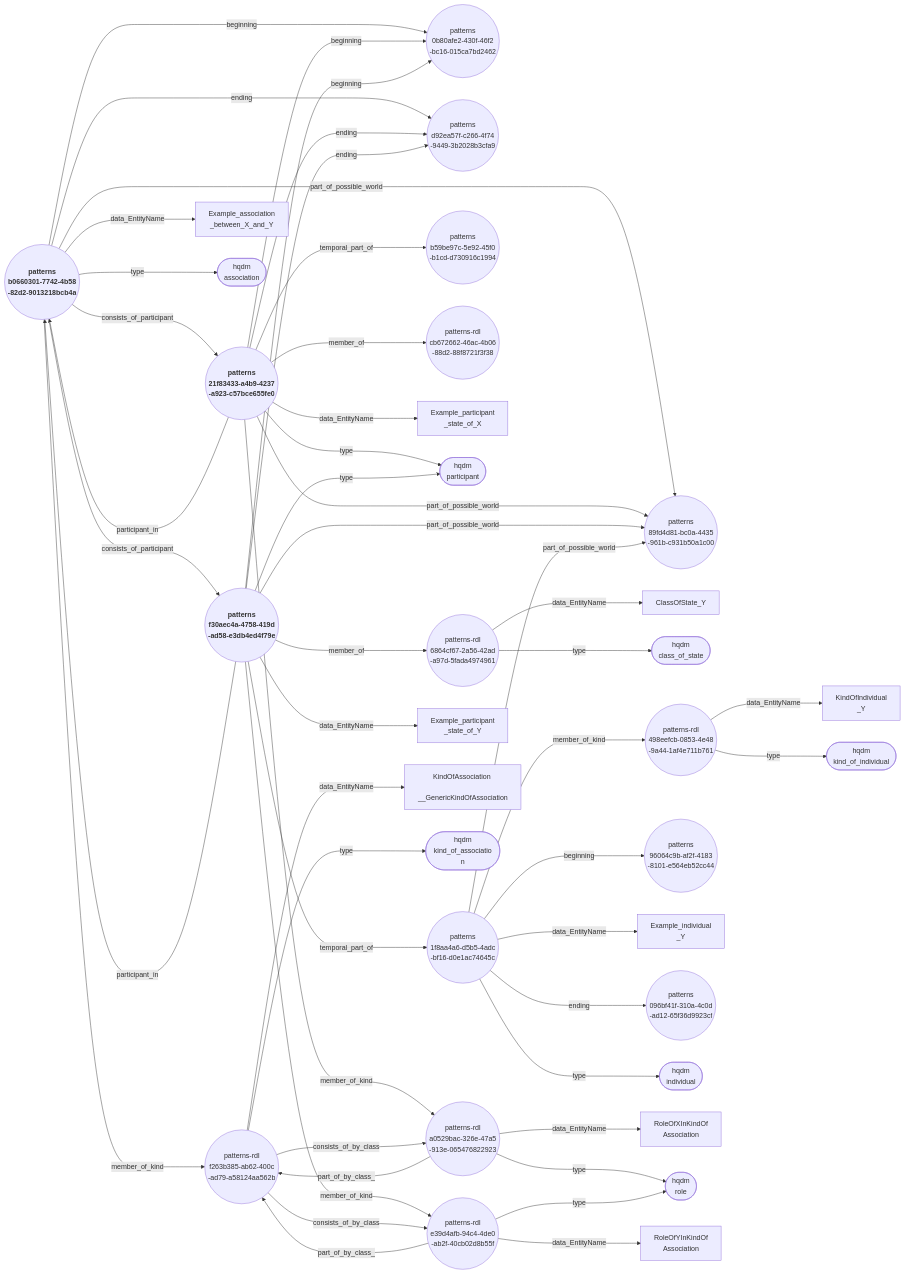
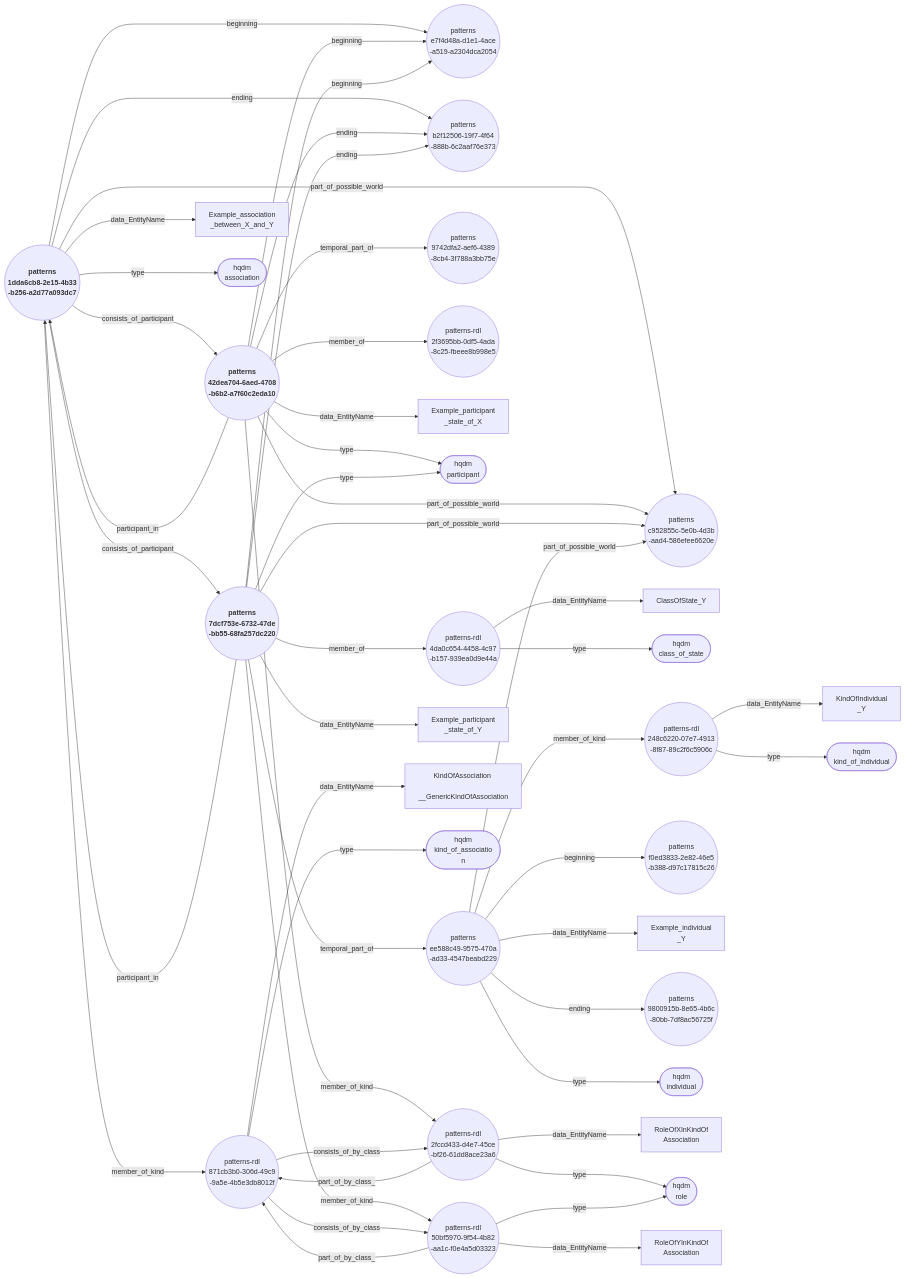
One commit to ClimbingAl/HqdmPatterns changed the diagram in docs/extras/example-files/genericAssociationAndParticipantsFullNodeEdgeGraph.mermaid. Above: the diagram before and after it, drawn with Mermaid. The commit also changed 50 other files, not shown here.

````diff
--- a/docs/extras/example-files/genericAssociationAndParticipantsFullNodeEdgeGraph.mermaid
+++ b/docs/extras/example-files/genericAssociationAndParticipantsFullNodeEdgeGraph.mermaid
@@ -1,49 +1,49 @@
 ``` mermaid
 graph LR
-  b0660301-7742-4b58-82d2-9013218bcb4a(("<b> patterns <br> b0660301-7742-4b58 <br> -82d2-9013218bcb4a"))--->|"beginning"|0b80afe2-430f-46f2-bc16-015ca7bd2462(("patterns <br> 0b80afe2-430f-46f2 <br> -bc16-015ca7bd2462"));
-  b0660301-7742-4b58-82d2-9013218bcb4a(("<b> patterns <br> b0660301-7742-4b58 <br> -82d2-9013218bcb4a"))--->|"member_of_kind"|f263b385-ab62-400c-ad79-a58124aa562b(("patterns-rdl <br> f263b385-ab62-400c <br> -ad79-a58124aa562b"));
-  b0660301-7742-4b58-82d2-9013218bcb4a(("<b> patterns <br> b0660301-7742-4b58 <br> -82d2-9013218bcb4a"))--->|"consists_of_participant"|f30aec4a-4758-419d-ad58-e3db4ed4f79e(("<b> patterns <br> f30aec4a-4758-419d <br> -ad58-e3db4ed4f79e"));
-  b0660301-7742-4b58-82d2-9013218bcb4a(("<b> patterns <br> b0660301-7742-4b58 <br> -82d2-9013218bcb4a"))--->|"consists_of_participant"|21f83433-a4b9-4237-a923-c57bce655fe0(("<b> patterns <br> 21f83433-a4b9-4237 <br> -a923-c57bce655fe0"));
-  b0660301-7742-4b58-82d2-9013218bcb4a(("<b> patterns <br> b0660301-7742-4b58 <br> -82d2-9013218bcb4a"))--->|"part_of_possible_world"|89fd4d81-bc0a-4435-961b-c931b50a1c00(("patterns <br> 89fd4d81-bc0a-4435 <br> -961b-c931b50a1c00"));
-  b0660301-7742-4b58-82d2-9013218bcb4a(("<b> patterns <br> b0660301-7742-4b58 <br> -82d2-9013218bcb4a"))--->|"data_EntityName"|Example_association_between_X_and_Y["Example_association <br> _between_X_and_Y"];
-  b0660301-7742-4b58-82d2-9013218bcb4a(("<b> patterns <br> b0660301-7742-4b58 <br> -82d2-9013218bcb4a"))--->|"ending"|d92ea57f-c266-4f74-9449-3b2028b3cfa9(("patterns <br> d92ea57f-c266-4f74 <br> -9449-3b2028b3cfa9"));
-  b0660301-7742-4b58-82d2-9013218bcb4a(("<b> patterns <br> b0660301-7742-4b58 <br> -82d2-9013218bcb4a"))--->|"type"|association(["hqdm <br> association"]);
-  21f83433-a4b9-4237-a923-c57bce655fe0(("<b> patterns <br> 21f83433-a4b9-4237 <br> -a923-c57bce655fe0"))--->|"beginning"|0b80afe2-430f-46f2-bc16-015ca7bd2462(("patterns <br> 0b80afe2-430f-46f2 <br> -bc16-015ca7bd2462"));
-  21f83433-a4b9-4237-a923-c57bce655fe0(("<b> patterns <br> 21f83433-a4b9-4237 <br> -a923-c57bce655fe0"))--->|"member_of_kind"|a0529bac-326e-47a5-913e-065476822923(("patterns-rdl <br> a0529bac-326e-47a5 <br> -913e-065476822923"));
-  21f83433-a4b9-4237-a923-c57bce655fe0(("<b> patterns <br> 21f83433-a4b9-4237 <br> -a923-c57bce655fe0"))--->|"part_of_possible_world"|89fd4d81-bc0a-4435-961b-c931b50a1c00(("patterns <br> 89fd4d81-bc0a-4435 <br> -961b-c931b50a1c00"));
-  21f83433-a4b9-4237-a923-c57bce655fe0(("<b> patterns <br> 21f83433-a4b9-4237 <br> -a923-c57bce655fe0"))--->|"participant_in"|b0660301-7742-4b58-82d2-9013218bcb4a(("<b> patterns <br> b0660301-7742-4b58 <br> -82d2-9013218bcb4a"));
-  21f83433-a4b9-4237-a923-c57bce655fe0(("<b> patterns <br> 21f83433-a4b9-4237 <br> -a923-c57bce655fe0"))--->|"temporal_part_of"|b59be97c-5e92-45f0-b1cd-d730916c1994(("patterns <br> b59be97c-5e92-45f0 <br> -b1cd-d730916c1994"));
-  21f83433-a4b9-4237-a923-c57bce655fe0(("<b> patterns <br> 21f83433-a4b9-4237 <br> -a923-c57bce655fe0"))--->|"member_of"|cb672662-46ac-4b06-88d2-88f8721f3f38(("patterns-rdl <br> cb672662-46ac-4b06 <br> -88d2-88f8721f3f38"));
-  21f83433-a4b9-4237-a923-c57bce655fe0(("<b> patterns <br> 21f83433-a4b9-4237 <br> -a923-c57bce655fe0"))--->|"data_EntityName"|Example_participant_state_of_X["Example_participant <br> _state_of_X"];
-  21f83433-a4b9-4237-a923-c57bce655fe0(("<b> patterns <br> 21f83433-a4b9-4237 <br> -a923-c57bce655fe0"))--->|"ending"|d92ea57f-c266-4f74-9449-3b2028b3cfa9(("patterns <br> d92ea57f-c266-4f74 <br> -9449-3b2028b3cfa9"));
-  21f83433-a4b9-4237-a923-c57bce655fe0(("<b> patterns <br> 21f83433-a4b9-4237 <br> -a923-c57bce655fe0"))--->|"type"|participant(["hqdm <br> participant"]);
-  f30aec4a-4758-419d-ad58-e3db4ed4f79e(("<b> patterns <br> f30aec4a-4758-419d <br> -ad58-e3db4ed4f79e"))--->|"beginning"|0b80afe2-430f-46f2-bc16-015ca7bd2462(("patterns <br> 0b80afe2-430f-46f2 <br> -bc16-015ca7bd2462"));
-  f30aec4a-4758-419d-ad58-e3db4ed4f79e(("<b> patterns <br> f30aec4a-4758-419d <br> -ad58-e3db4ed4f79e"))--->|"member_of_kind"|e39d4afb-94c4-4de0-ab2f-40cb02d8b55f(("patterns-rdl <br> e39d4afb-94c4-4de0 <br> -ab2f-40cb02d8b55f"));
-  f30aec4a-4758-419d-ad58-e3db4ed4f79e(("<b> patterns <br> f30aec4a-4758-419d <br> -ad58-e3db4ed4f79e"))--->|"part_of_possible_world"|89fd4d81-bc0a-4435-961b-c931b50a1c00(("patterns <br> 89fd4d81-bc0a-4435 <br> -961b-c931b50a1c00"));
-  f30aec4a-4758-419d-ad58-e3db4ed4f79e(("<b> patterns <br> f30aec4a-4758-419d <br> -ad58-e3db4ed4f79e"))--->|"participant_in"|b0660301-7742-4b58-82d2-9013218bcb4a(("<b> patterns <br> b0660301-7742-4b58 <br> -82d2-9013218bcb4a"));
-  f30aec4a-4758-419d-ad58-e3db4ed4f79e(("<b> patterns <br> f30aec4a-4758-419d <br> -ad58-e3db4ed4f79e"))--->|"temporal_part_of"|1f8aa4a6-d5b5-4adc-bf16-d0e1ac74645c(("patterns <br> 1f8aa4a6-d5b5-4adc <br> -bf16-d0e1ac74645c"));
-  f30aec4a-4758-419d-ad58-e3db4ed4f79e(("<b> patterns <br> f30aec4a-4758-419d <br> -ad58-e3db4ed4f79e"))--->|"member_of"|6864cf67-2a56-42ad-a97d-5fada4974961(("patterns-rdl <br> 6864cf67-2a56-42ad <br> -a97d-5fada4974961"));
-  f30aec4a-4758-419d-ad58-e3db4ed4f79e(("<b> patterns <br> f30aec4a-4758-419d <br> -ad58-e3db4ed4f79e"))--->|"data_EntityName"|Example_participant_state_of_Y["Example_participant <br> _state_of_Y"];
-  f30aec4a-4758-419d-ad58-e3db4ed4f79e(("<b> patterns <br> f30aec4a-4758-419d <br> -ad58-e3db4ed4f79e"))--->|"ending"|d92ea57f-c266-4f74-9449-3b2028b3cfa9(("patterns <br> d92ea57f-c266-4f74 <br> -9449-3b2028b3cfa9"));
-  f30aec4a-4758-419d-ad58-e3db4ed4f79e(("<b> patterns <br> f30aec4a-4758-419d <br> -ad58-e3db4ed4f79e"))--->|"type"|participant(["hqdm <br> participant"]);
-  6864cf67-2a56-42ad-a97d-5fada4974961(("patterns-rdl <br> 6864cf67-2a56-42ad <br> -a97d-5fada4974961"))--->|"data_EntityName"|ClassOfState_Y["ClassOfState_Y"];
-  6864cf67-2a56-42ad-a97d-5fada4974961(("patterns-rdl <br> 6864cf67-2a56-42ad <br> -a97d-5fada4974961"))--->|"type"|class_of_state(["hqdm <br> class_of_state"]);
-  498eefcb-0853-4e48-9a44-1af4e711b761(("patterns-rdl <br> 498eefcb-0853-4e48 <br> -9a44-1af4e711b761"))--->|"data_EntityName"|KindOfIndividual_Y["KindOfIndividual <br> _Y"];
-  498eefcb-0853-4e48-9a44-1af4e711b761(("patterns-rdl <br> 498eefcb-0853-4e48 <br> -9a44-1af4e711b761"))--->|"type"|kind_of_individual(["hqdm <br> kind_of_individual"]);
-  1f8aa4a6-d5b5-4adc-bf16-d0e1ac74645c(("patterns <br> 1f8aa4a6-d5b5-4adc <br> -bf16-d0e1ac74645c"))--->|"beginning"|96064c9b-af2f-4183-8101-e564eb52cc44(("patterns <br> 96064c9b-af2f-4183 <br> -8101-e564eb52cc44"));
-  1f8aa4a6-d5b5-4adc-bf16-d0e1ac74645c(("patterns <br> 1f8aa4a6-d5b5-4adc <br> -bf16-d0e1ac74645c"))--->|"member_of_kind"|498eefcb-0853-4e48-9a44-1af4e711b761(("patterns-rdl <br> 498eefcb-0853-4e48 <br> -9a44-1af4e711b761"));
-  1f8aa4a6-d5b5-4adc-bf16-d0e1ac74645c(("patterns <br> 1f8aa4a6-d5b5-4adc <br> -bf16-d0e1ac74645c"))--->|"part_of_possible_world"|89fd4d81-bc0a-4435-961b-c931b50a1c00(("patterns <br> 89fd4d81-bc0a-4435 <br> -961b-c931b50a1c00"));
-  1f8aa4a6-d5b5-4adc-bf16-d0e1ac74645c(("patterns <br> 1f8aa4a6-d5b5-4adc <br> -bf16-d0e1ac74645c"))--->|"data_EntityName"|Example_individual_Y["Example_individual <br> _Y"];
-  1f8aa4a6-d5b5-4adc-bf16-d0e1ac74645c(("patterns <br> 1f8aa4a6-d5b5-4adc <br> -bf16-d0e1ac74645c"))--->|"ending"|096bf41f-310a-4c0d-ad12-65f36d9923cf(("patterns <br> 096bf41f-310a-4c0d <br> -ad12-65f36d9923cf"));
-  1f8aa4a6-d5b5-4adc-bf16-d0e1ac74645c(("patterns <br> 1f8aa4a6-d5b5-4adc <br> -bf16-d0e1ac74645c"))--->|"type"|individual(["hqdm <br> individual"]);
-  f263b385-ab62-400c-ad79-a58124aa562b(("patterns-rdl <br> f263b385-ab62-400c <br> -ad79-a58124aa562b"))--->|"consists_of_by_class"|e39d4afb-94c4-4de0-ab2f-40cb02d8b55f(("patterns-rdl <br> e39d4afb-94c4-4de0 <br> -ab2f-40cb02d8b55f"));
-  f263b385-ab62-400c-ad79-a58124aa562b(("patterns-rdl <br> f263b385-ab62-400c <br> -ad79-a58124aa562b"))--->|"consists_of_by_class"|a0529bac-326e-47a5-913e-065476822923(("patterns-rdl <br> a0529bac-326e-47a5 <br> -913e-065476822923"));
-  f263b385-ab62-400c-ad79-a58124aa562b(("patterns-rdl <br> f263b385-ab62-400c <br> -ad79-a58124aa562b"))--->|"data_EntityName"|KindOfAssociation__GenericKindOfAssociation["KindOfAssociation <br> __GenericKindOfAssociation"];
-  f263b385-ab62-400c-ad79-a58124aa562b(("patterns-rdl <br> f263b385-ab62-400c <br> -ad79-a58124aa562b"))--->|"type"|kind_of_association(["hqdm <br> kind_of_associatio <br> n"]);
-  a0529bac-326e-47a5-913e-065476822923(("patterns-rdl <br> a0529bac-326e-47a5 <br> -913e-065476822923"))--->|"data_EntityName"|RoleOfXInKindOfAssociation["RoleOfXInKindOf <br> Association"];
-  a0529bac-326e-47a5-913e-065476822923(("patterns-rdl <br> a0529bac-326e-47a5 <br> -913e-065476822923"))--->|"part_of_by_class_"|f263b385-ab62-400c-ad79-a58124aa562b(("patterns-rdl <br> f263b385-ab62-400c <br> -ad79-a58124aa562b"));
-  a0529bac-326e-47a5-913e-065476822923(("patterns-rdl <br> a0529bac-326e-47a5 <br> -913e-065476822923"))--->|"type"|role(["hqdm <br> role"]);
-  e39d4afb-94c4-4de0-ab2f-40cb02d8b55f(("patterns-rdl <br> e39d4afb-94c4-4de0 <br> -ab2f-40cb02d8b55f"))--->|"data_EntityName"|RoleOfYInKindOfAssociation["RoleOfYInKindOf <br> Association"];
-  e39d4afb-94c4-4de0-ab2f-40cb02d8b55f(("patterns-rdl <br> e39d4afb-94c4-4de0 <br> -ab2f-40cb02d8b55f"))--->|"part_of_by_class_"|f263b385-ab62-400c-ad79-a58124aa562b(("patterns-rdl <br> f263b385-ab62-400c <br> -ad79-a58124aa562b"));
-  e39d4afb-94c4-4de0-ab2f-40cb02d8b55f(("patterns-rdl <br> e39d4afb-94c4-4de0 <br> -ab2f-40cb02d8b55f"))--->|"type"|role(["hqdm <br> role"]);
+  1dda6cb8-2e15-4b33-b256-a2d77a093dc7(("<b> patterns <br> 1dda6cb8-2e15-4b33 <br> -b256-a2d77a093dc7"))--->|"beginning"|e7f4d48a-d1e1-4ace-a519-a2304dca2054(("patterns <br> e7f4d48a-d1e1-4ace <br> -a519-a2304dca2054"));
+  1dda6cb8-2e15-4b33-b256-a2d77a093dc7(("<b> patterns <br> 1dda6cb8-2e15-4b33 <br> -b256-a2d77a093dc7"))--->|"member_of_kind"|871cb3b0-306d-49c9-9a5e-4b5e3db8012f(("patterns-rdl <br> 871cb3b0-306d-49c9 <br> -9a5e-4b5e3db8012f"));
+  1dda6cb8-2e15-4b33-b256-a2d77a093dc7(("<b> patterns <br> 1dda6cb8-2e15-4b33 <br> -b256-a2d77a093dc7"))--->|"consists_of_participant"|42dea704-6aed-4708-b6b2-a7f60c2eda10(("<b> patterns <br> 42dea704-6aed-4708 <br> -b6b2-a7f60c2eda10"));
+  1dda6cb8-2e15-4b33-b256-a2d77a093dc7(("<b> patterns <br> 1dda6cb8-2e15-4b33 <br> -b256-a2d77a093dc7"))--->|"consists_of_participant"|7dcf753e-6732-47de-bb55-68fa257dc220(("<b> patterns <br> 7dcf753e-6732-47de <br> -bb55-68fa257dc220"));
+  1dda6cb8-2e15-4b33-b256-a2d77a093dc7(("<b> patterns <br> 1dda6cb8-2e15-4b33 <br> -b256-a2d77a093dc7"))--->|"part_of_possible_world"|c952855c-5e0b-4d3b-aad4-586efee6620e(("patterns <br> c952855c-5e0b-4d3b <br> -aad4-586efee6620e"));
+  1dda6cb8-2e15-4b33-b256-a2d77a093dc7(("<b> patterns <br> 1dda6cb8-2e15-4b33 <br> -b256-a2d77a093dc7"))--->|"data_EntityName"|Example_association_between_X_and_Y["Example_association <br> _between_X_and_Y"];
+  1dda6cb8-2e15-4b33-b256-a2d77a093dc7(("<b> patterns <br> 1dda6cb8-2e15-4b33 <br> -b256-a2d77a093dc7"))--->|"ending"|b2f12506-19f7-4f64-888b-6c2aaf76e373(("patterns <br> b2f12506-19f7-4f64 <br> -888b-6c2aaf76e373"));
+  1dda6cb8-2e15-4b33-b256-a2d77a093dc7(("<b> patterns <br> 1dda6cb8-2e15-4b33 <br> -b256-a2d77a093dc7"))--->|"type"|association(["hqdm <br> association"]);
+  42dea704-6aed-4708-b6b2-a7f60c2eda10(("<b> patterns <br> 42dea704-6aed-4708 <br> -b6b2-a7f60c2eda10"))--->|"beginning"|e7f4d48a-d1e1-4ace-a519-a2304dca2054(("patterns <br> e7f4d48a-d1e1-4ace <br> -a519-a2304dca2054"));
+  42dea704-6aed-4708-b6b2-a7f60c2eda10(("<b> patterns <br> 42dea704-6aed-4708 <br> -b6b2-a7f60c2eda10"))--->|"member_of_kind"|2fccd433-d4e7-45ce-bf26-61dd8ace23a6(("patterns-rdl <br> 2fccd433-d4e7-45ce <br> -bf26-61dd8ace23a6"));
+  42dea704-6aed-4708-b6b2-a7f60c2eda10(("<b> patterns <br> 42dea704-6aed-4708 <br> -b6b2-a7f60c2eda10"))--->|"part_of_possible_world"|c952855c-5e0b-4d3b-aad4-586efee6620e(("patterns <br> c952855c-5e0b-4d3b <br> -aad4-586efee6620e"));
+  42dea704-6aed-4708-b6b2-a7f60c2eda10(("<b> patterns <br> 42dea704-6aed-4708 <br> -b6b2-a7f60c2eda10"))--->|"participant_in"|1dda6cb8-2e15-4b33-b256-a2d77a093dc7(("<b> patterns <br> 1dda6cb8-2e15-4b33 <br> -b256-a2d77a093dc7"));
+  42dea704-6aed-4708-b6b2-a7f60c2eda10(("<b> patterns <br> 42dea704-6aed-4708 <br> -b6b2-a7f60c2eda10"))--->|"temporal_part_of"|9742dfa2-aef6-4389-8cb4-3f788a3bb75e(("patterns <br> 9742dfa2-aef6-4389 <br> -8cb4-3f788a3bb75e"));
+  42dea704-6aed-4708-b6b2-a7f60c2eda10(("<b> patterns <br> 42dea704-6aed-4708 <br> -b6b2-a7f60c2eda10"))--->|"member_of"|2f3695bb-0df5-4ada-8c25-fbeee8b998e5(("patterns-rdl <br> 2f3695bb-0df5-4ada <br> -8c25-fbeee8b998e5"));
+  42dea704-6aed-4708-b6b2-a7f60c2eda10(("<b> patterns <br> 42dea704-6aed-4708 <br> -b6b2-a7f60c2eda10"))--->|"data_EntityName"|Example_participant_state_of_X["Example_participant <br> _state_of_X"];
+  42dea704-6aed-4708-b6b2-a7f60c2eda10(("<b> patterns <br> 42dea704-6aed-4708 <br> -b6b2-a7f60c2eda10"))--->|"ending"|b2f12506-19f7-4f64-888b-6c2aaf76e373(("patterns <br> b2f12506-19f7-4f64 <br> -888b-6c2aaf76e373"));
+  42dea704-6aed-4708-b6b2-a7f60c2eda10(("<b> patterns <br> 42dea704-6aed-4708 <br> -b6b2-a7f60c2eda10"))--->|"type"|participant(["hqdm <br> participant"]);
+  7dcf753e-6732-47de-bb55-68fa257dc220(("<b> patterns <br> 7dcf753e-6732-47de <br> -bb55-68fa257dc220"))--->|"beginning"|e7f4d48a-d1e1-4ace-a519-a2304dca2054(("patterns <br> e7f4d48a-d1e1-4ace <br> -a519-a2304dca2054"));
+  7dcf753e-6732-47de-bb55-68fa257dc220(("<b> patterns <br> 7dcf753e-6732-47de <br> -bb55-68fa257dc220"))--->|"member_of_kind"|50bf5970-9f54-4b82-aa1c-f0e4a5d03323(("patterns-rdl <br> 50bf5970-9f54-4b82 <br> -aa1c-f0e4a5d03323"));
+  7dcf753e-6732-47de-bb55-68fa257dc220(("<b> patterns <br> 7dcf753e-6732-47de <br> -bb55-68fa257dc220"))--->|"part_of_possible_world"|c952855c-5e0b-4d3b-aad4-586efee6620e(("patterns <br> c952855c-5e0b-4d3b <br> -aad4-586efee6620e"));
+  7dcf753e-6732-47de-bb55-68fa257dc220(("<b> patterns <br> 7dcf753e-6732-47de <br> -bb55-68fa257dc220"))--->|"participant_in"|1dda6cb8-2e15-4b33-b256-a2d77a093dc7(("<b> patterns <br> 1dda6cb8-2e15-4b33 <br> -b256-a2d77a093dc7"));
+  7dcf753e-6732-47de-bb55-68fa257dc220(("<b> patterns <br> 7dcf753e-6732-47de <br> -bb55-68fa257dc220"))--->|"temporal_part_of"|ee588c49-9575-470a-ad33-4547beabd229(("patterns <br> ee588c49-9575-470a <br> -ad33-4547beabd229"));
+  7dcf753e-6732-47de-bb55-68fa257dc220(("<b> patterns <br> 7dcf753e-6732-47de <br> -bb55-68fa257dc220"))--->|"member_of"|4da0c654-4458-4c97-b157-939ea0d9e44a(("patterns-rdl <br> 4da0c654-4458-4c97 <br> -b157-939ea0d9e44a"));
+  7dcf753e-6732-47de-bb55-68fa257dc220(("<b> patterns <br> 7dcf753e-6732-47de <br> -bb55-68fa257dc220"))--->|"data_EntityName"|Example_participant_state_of_Y["Example_participant <br> _state_of_Y"];
+  7dcf753e-6732-47de-bb55-68fa257dc220(("<b> patterns <br> 7dcf753e-6732-47de <br> -bb55-68fa257dc220"))--->|"ending"|b2f12506-19f7-4f64-888b-6c2aaf76e373(("patterns <br> b2f12506-19f7-4f64 <br> -888b-6c2aaf76e373"));
+  7dcf753e-6732-47de-bb55-68fa257dc220(("<b> patterns <br> 7dcf753e-6732-47de <br> -bb55-68fa257dc220"))--->|"type"|participant(["hqdm <br> participant"]);
+  4da0c654-4458-4c97-b157-939ea0d9e44a(("patterns-rdl <br> 4da0c654-4458-4c97 <br> -b157-939ea0d9e44a"))--->|"data_EntityName"|ClassOfState_Y["ClassOfState_Y"];
+  4da0c654-4458-4c97-b157-939ea0d9e44a(("patterns-rdl <br> 4da0c654-4458-4c97 <br> -b157-939ea0d9e44a"))--->|"type"|class_of_state(["hqdm <br> class_of_state"]);
+  248c6220-07e7-4913-8f87-89c2f6c5906c(("patterns-rdl <br> 248c6220-07e7-4913 <br> -8f87-89c2f6c5906c"))--->|"data_EntityName"|KindOfIndividual_Y["KindOfIndividual <br> _Y"];
+  248c6220-07e7-4913-8f87-89c2f6c5906c(("patterns-rdl <br> 248c6220-07e7-4913 <br> -8f87-89c2f6c5906c"))--->|"type"|kind_of_individual(["hqdm <br> kind_of_individual"]);
+  ee588c49-9575-470a-ad33-4547beabd229(("patterns <br> ee588c49-9575-470a <br> -ad33-4547beabd229"))--->|"beginning"|f0ed3833-2e82-46e5-b388-d97c17815c26(("patterns <br> f0ed3833-2e82-46e5 <br> -b388-d97c17815c26"));
+  ee588c49-9575-470a-ad33-4547beabd229(("patterns <br> ee588c49-9575-470a <br> -ad33-4547beabd229"))--->|"member_of_kind"|248c6220-07e7-4913-8f87-89c2f6c5906c(("patterns-rdl <br> 248c6220-07e7-4913 <br> -8f87-89c2f6c5906c"));
+  ee588c49-9575-470a-ad33-4547beabd229(("patterns <br> ee588c49-9575-470a <br> -ad33-4547beabd229"))--->|"part_of_possible_world"|c952855c-5e0b-4d3b-aad4-586efee6620e(("patterns <br> c952855c-5e0b-4d3b <br> -aad4-586efee6620e"));
+  ee588c49-9575-470a-ad33-4547beabd229(("patterns <br> ee588c49-9575-470a <br> -ad33-4547beabd229"))--->|"data_EntityName"|Example_individual_Y["Example_individual <br> _Y"];
+  ee588c49-9575-470a-ad33-4547beabd229(("patterns <br> ee588c49-9575-470a <br> -ad33-4547beabd229"))--->|"ending"|9800915b-8e65-4b6c-80bb-7df8ac56725f(("patterns <br> 9800915b-8e65-4b6c <br> -80bb-7df8ac56725f"));
+  ee588c49-9575-470a-ad33-4547beabd229(("patterns <br> ee588c49-9575-470a <br> -ad33-4547beabd229"))--->|"type"|individual(["hqdm <br> individual"]);
+  871cb3b0-306d-49c9-9a5e-4b5e3db8012f(("patterns-rdl <br> 871cb3b0-306d-49c9 <br> -9a5e-4b5e3db8012f"))--->|"consists_of_by_class"|50bf5970-9f54-4b82-aa1c-f0e4a5d03323(("patterns-rdl <br> 50bf5970-9f54-4b82 <br> -aa1c-f0e4a5d03323"));
+  871cb3b0-306d-49c9-9a5e-4b5e3db8012f(("patterns-rdl <br> 871cb3b0-306d-49c9 <br> -9a5e-4b5e3db8012f"))--->|"consists_of_by_class"|2fccd433-d4e7-45ce-bf26-61dd8ace23a6(("patterns-rdl <br> 2fccd433-d4e7-45ce <br> -bf26-61dd8ace23a6"));
+  871cb3b0-306d-49c9-9a5e-4b5e3db8012f(("patterns-rdl <br> 871cb3b0-306d-49c9 <br> -9a5e-4b5e3db8012f"))--->|"data_EntityName"|KindOfAssociation__GenericKindOfAssociation["KindOfAssociation <br> __GenericKindOfAssociation"];
+  871cb3b0-306d-49c9-9a5e-4b5e3db8012f(("patterns-rdl <br> 871cb3b0-306d-49c9 <br> -9a5e-4b5e3db8012f"))--->|"type"|kind_of_association(["hqdm <br> kind_of_associatio <br> n"]);
+  2fccd433-d4e7-45ce-bf26-61dd8ace23a6(("patterns-rdl <br> 2fccd433-d4e7-45ce <br> -bf26-61dd8ace23a6"))--->|"data_EntityName"|RoleOfXInKindOfAssociation["RoleOfXInKindOf <br> Association"];
+  2fccd433-d4e7-45ce-bf26-61dd8ace23a6(("patterns-rdl <br> 2fccd433-d4e7-45ce <br> -bf26-61dd8ace23a6"))--->|"part_of_by_class_"|871cb3b0-306d-49c9-9a5e-4b5e3db8012f(("patterns-rdl <br> 871cb3b0-306d-49c9 <br> -9a5e-4b5e3db8012f"));
+  2fccd433-d4e7-45ce-bf26-61dd8ace23a6(("patterns-rdl <br> 2fccd433-d4e7-45ce <br> -bf26-61dd8ace23a6"))--->|"type"|role(["hqdm <br> role"]);
+  50bf5970-9f54-4b82-aa1c-f0e4a5d03323(("patterns-rdl <br> 50bf5970-9f54-4b82 <br> -aa1c-f0e4a5d03323"))--->|"data_EntityName"|RoleOfYInKindOfAssociation["RoleOfYInKindOf <br> Association"];
+  50bf5970-9f54-4b82-aa1c-f0e4a5d03323(("patterns-rdl <br> 50bf5970-9f54-4b82 <br> -aa1c-f0e4a5d03323"))--->|"part_of_by_class_"|871cb3b0-306d-49c9-9a5e-4b5e3db8012f(("patterns-rdl <br> 871cb3b0-306d-49c9 <br> -9a5e-4b5e3db8012f"));
+  50bf5970-9f54-4b82-aa1c-f0e4a5d03323(("patterns-rdl <br> 50bf5970-9f54-4b82 <br> -aa1c-f0e4a5d03323"))--->|"type"|role(["hqdm <br> role"]);
 ```
````
